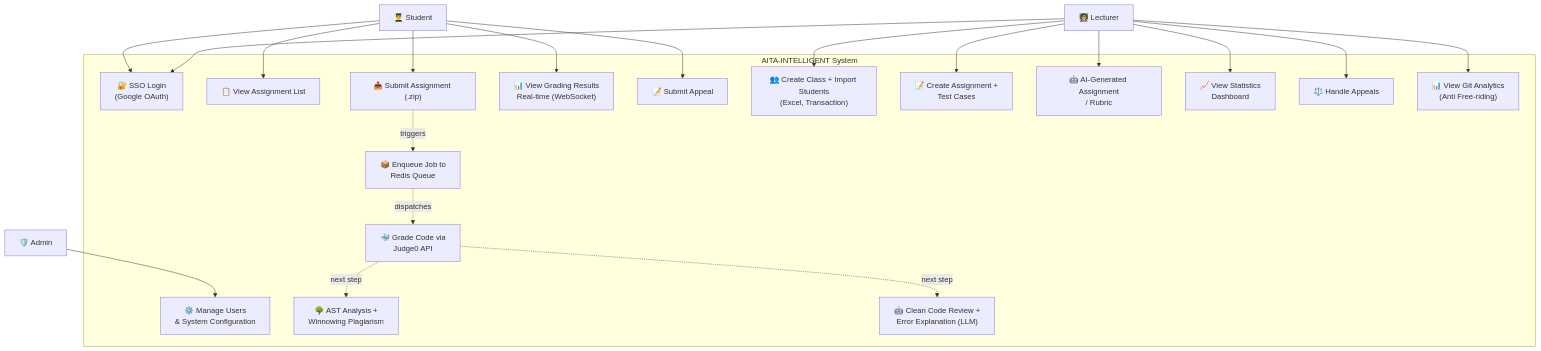
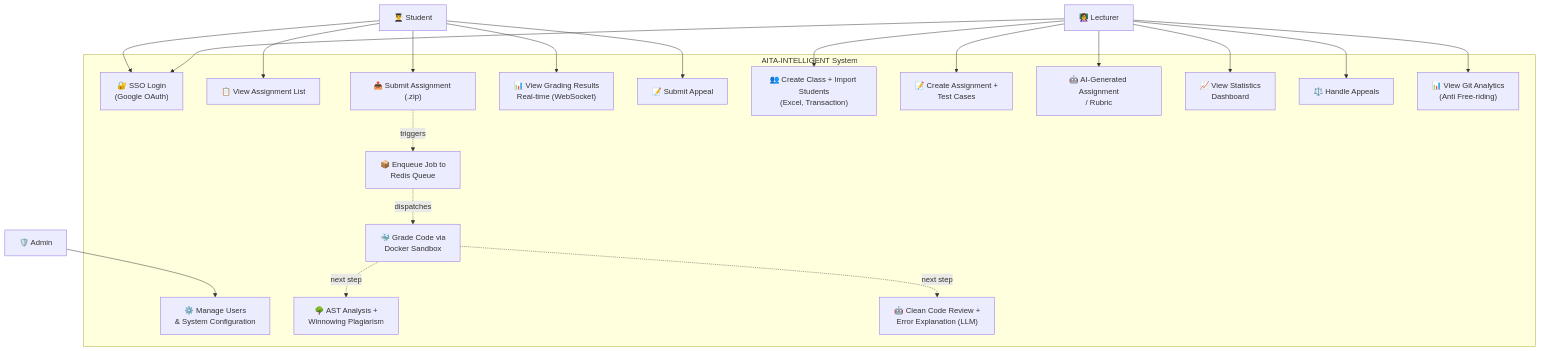
One commit to qucthih/SWP391_Group3 changed the third of 10 diagrams in docs/01_SRS/AITA_SRS_Document_v1.2_final.md. Above: the diagram before and after it, drawn with Mermaid. The commit also changed other lines of this file and 1 other file, not shown here.

````diff
--- a/docs/01_SRS/AITA_SRS_Document_v1.2_final.md
+++ b/docs/01_SRS/AITA_SRS_Document_v1.2_final.md
@@ -253,42 +255,42 @@
 ```mermaid
 graph TB
     subgraph "AITA-INTELLIGENT System"
         UC1["🔐 SSO Login<br/>(Google OAuth)"]
         UC2["📋 View Assignment List"]
         UC3["📤 Submit Assignment (.zip)"]
         UC4["📊 View Grading Results<br/>Real-time (WebSocket)"]
         UC5["📝 Submit Appeal"]
         UC6["👥 Create Class + Import Students<br/>(Excel, Transaction)"]
         UC7["📝 Create Assignment +<br/>Test Cases"]
         UC8["🤖 AI-Generated Assignment<br/>/ Rubric"]
         UC9["📈 View Statistics<br/>Dashboard"]
         UC10["⚖️ Handle Appeals"]
         UC11["📊 View Git Analytics<br/>(Anti Free-riding)"]
         UC12["⚙️ Manage Users<br/>& System Configuration"]
         UC13["📦 Enqueue Job to<br/>Redis Queue"]
-        UC14["🐳 Grade Code via<br/>Judge0 API"]
+        UC14["🐳 Grade Code via<br/>Docker Sandbox"]
         UC15["🌳 AST Analysis +<br/>Winnowing Plagiarism"]
         UC16["🤖 Clean Code Review +<br/>Error Explanation (LLM)"]
     end
 
     STUDENT["👨‍🎓 Student"] --> UC1
     STUDENT --> UC2
     STUDENT --> UC3
     STUDENT --> UC4
     STUDENT --> UC5
 
     LECTURER["👩‍🏫 Lecturer"] --> UC1
     LECTURER --> UC6
     LECTURER --> UC7
     LECTURER --> UC8
     LECTURER --> UC9
     LECTURER --> UC10
     LECTURER --> UC11
 
     ADMIN["🛡️ Admin"] --> UC12
 
     UC3 -.->|"triggers"| UC13
     UC13 -.->|"dispatches"| UC14
     UC14 -.->|"next step"| UC15
     UC14 -.->|"next step"| UC16
 ```
````
